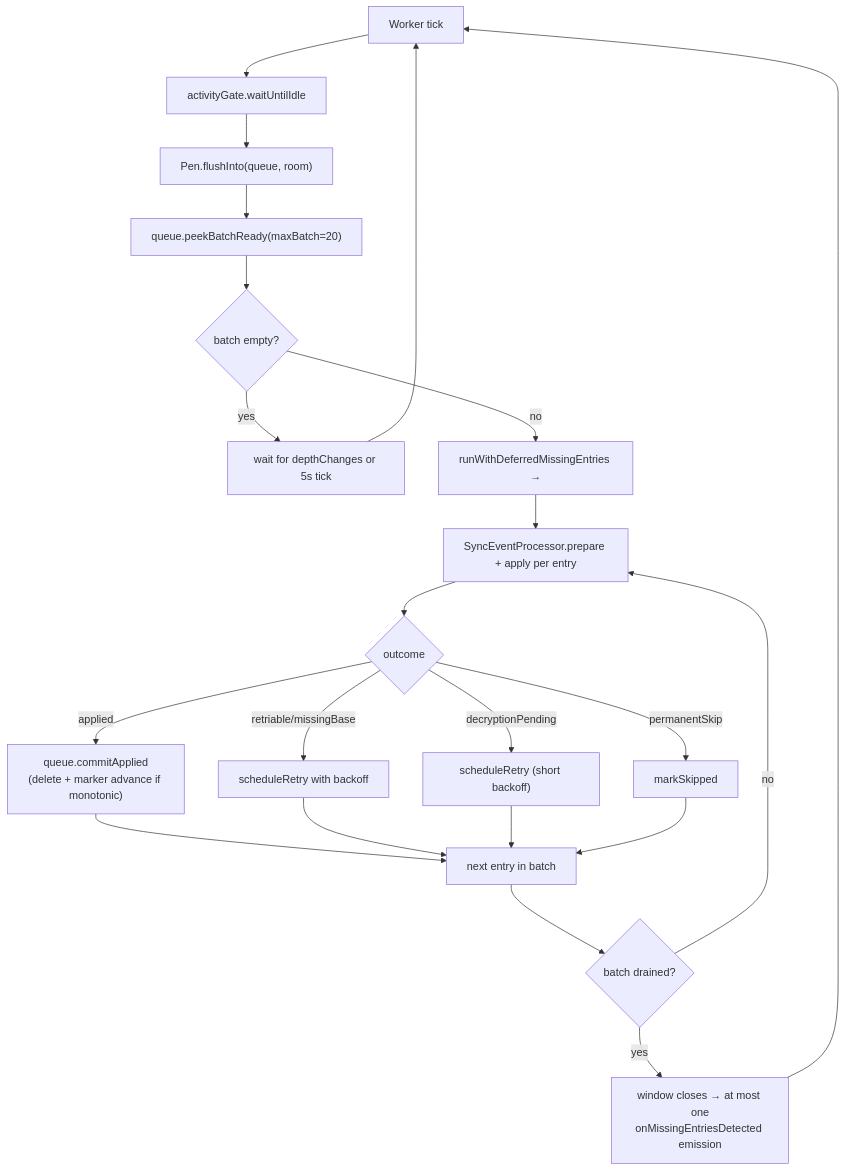
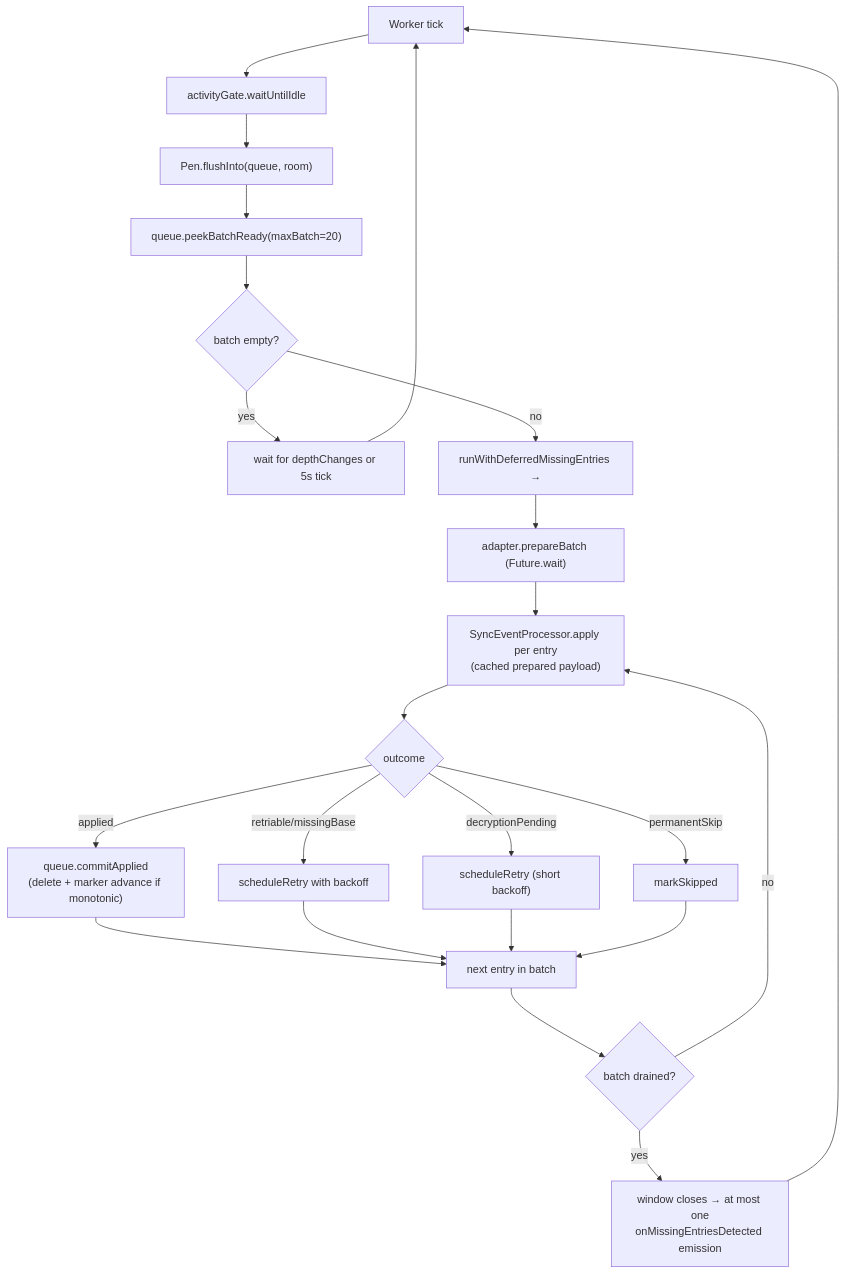
Before and after one commit to matthiasn/lotti: the fifth of 6 diagrams in lib/features/sync/README.md, drawn with Mermaid. The commit also changed other lines of this file and 8 other files, not shown here.

````diff
--- a/lib/features/sync/README.md
+++ b/lib/features/sync/README.md
@@ -421,24 +430,25 @@
 ```mermaid
 flowchart TD
     Tick["Worker tick"] --> Gate["activityGate.waitUntilIdle"]
     Gate --> Flush["Pen.flushInto(queue, room)"]
     Flush --> Peek["queue.peekBatchReady(maxBatch=20)"]
     Peek --> Empty{"batch empty?"}
     Empty -->|yes| Wait["wait for depthChanges or 5s tick"]
     Wait --> Tick
     Empty -->|no| Window["runWithDeferredMissingEntries →"]
-    Window --> Apply["SyncEventProcessor.prepare + apply per entry"]
+    Window --> PrepareAll["adapter.prepareBatch (Future.wait)"]
+    PrepareAll --> Apply["SyncEventProcessor.apply per entry<br/>(cached prepared payload)"]
     Apply --> Outcome{"outcome"}
     Outcome -->|applied| Commit["queue.commitApplied<br/>(delete + marker advance if monotonic)"]
     Outcome -->|retriable/missingBase| Retry["scheduleRetry with backoff"]
     Outcome -->|decryptionPending| DecryptRetry["scheduleRetry (short backoff)"]
     Outcome -->|permanentSkip| Skip["markSkipped"]
     Commit --> NextEntry["next entry in batch"]
     Retry --> NextEntry
     DecryptRetry --> NextEntry
     Skip --> NextEntry
     NextEntry --> WindowClose{"batch drained?"}
     WindowClose -->|no| Apply
     WindowClose -->|yes| Emit["window closes → at most one<br/>onMissingEntriesDetected emission"]
     Emit --> Tick
 ```
````
